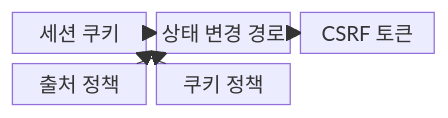
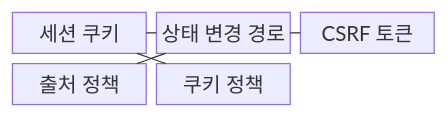
Before and after one commit to agnusdei1207/knowledge-base: the first of 2 diagrams in src/content/docs/notes/05-security/048_csrf.md, drawn with Mermaid. The commit also changed other lines of this file and 493 other files, not shown here.

````diff
--- a/src/content/docs/notes/05-security/048_csrf.md
+++ b/src/content/docs/notes/05-security/048_csrf.md
@@ -67,13 +67,13 @@
 ```mermaid
 block-beta
   columns 3
   A["세션 쿠키"]
   B["상태 변경 경로"]
   C["CSRF 토큰"]
   D["출처 정책"]
   E["쿠키 정책"]
-  A --> B
-  C --> B
-  D --> B
-  E --> A
+  A --- B
+  C --- B
+  D --- B
+  E --- A
 ```
````
